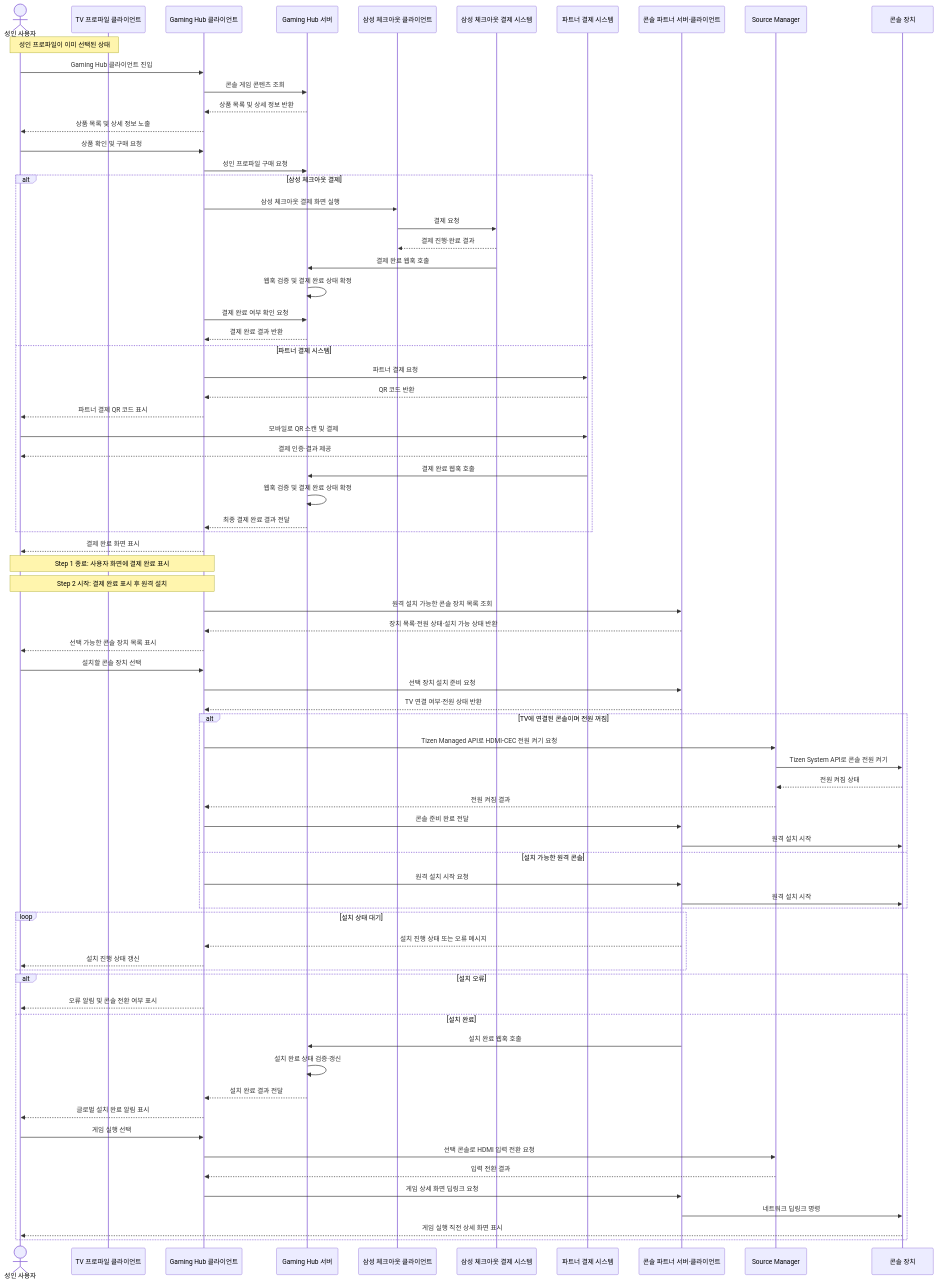
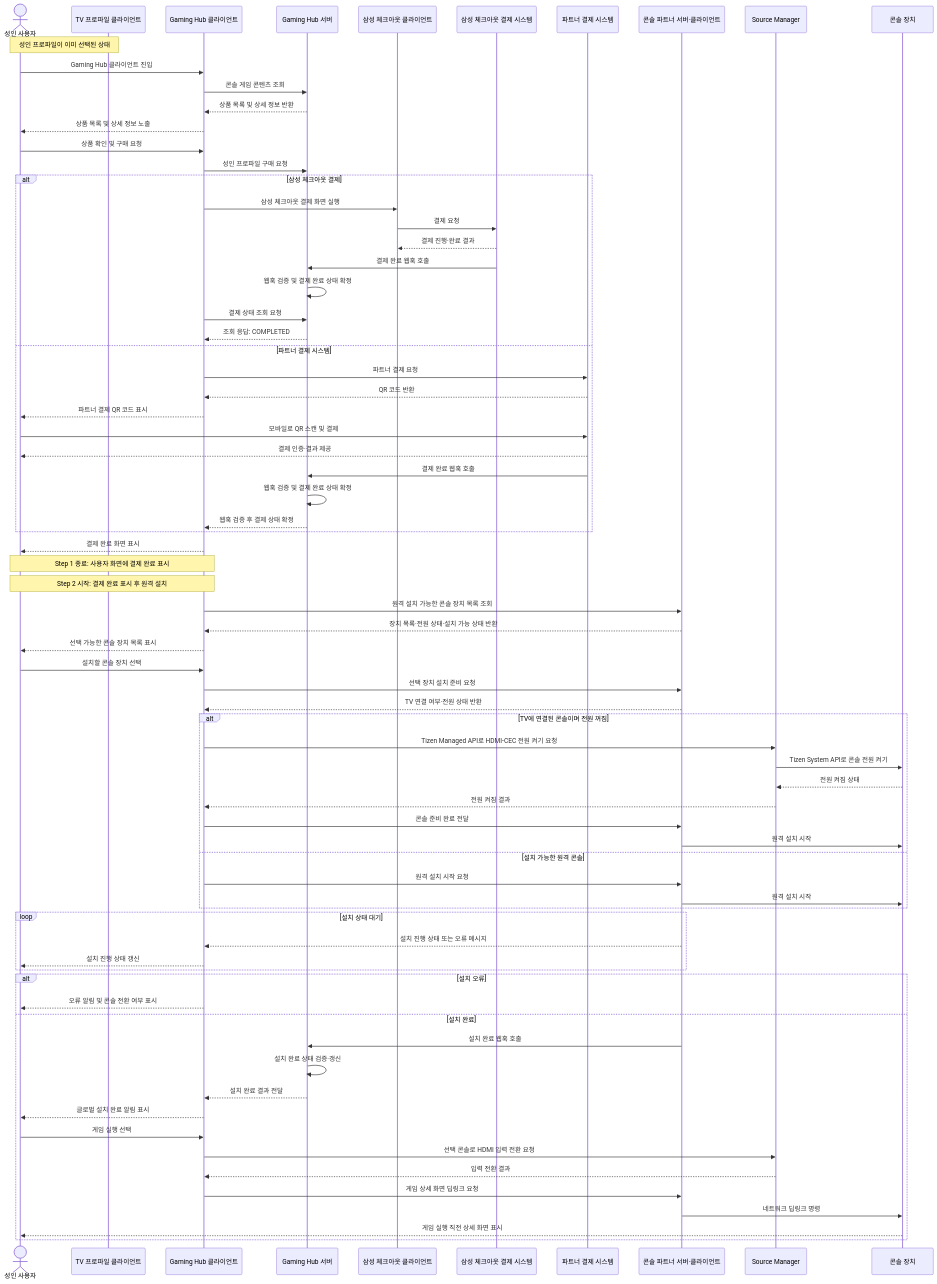
One commit to seock04/gaming-hub-console-content changed the second of 5 diagrams in docs/decision-point-2-architecture.md. Above: the diagram before and after it, drawn with Mermaid.

Commit message:
Clarify payment status request response

````diff
--- a/docs/decision-point-2-architecture.md
+++ b/docs/decision-point-2-architecture.md
@@ -105,77 +105,77 @@
 ```mermaid
 sequenceDiagram
     actor User as 성인 사용자
     participant Profile as TV 프로파일 클라이언트
     participant HubClient as Gaming Hub 클라이언트
     participant Hub as Gaming Hub 서버
     participant CheckoutClient as 삼성 체크아웃 클라이언트
     participant CheckoutServer as 삼성 체크아웃 결제 시스템
     participant PartnerPay as 파트너 결제 시스템
     participant Partner as 콘솔 파트너 서버·클라이언트
     participant SourceManager as Source Manager
     participant Console as 콘솔 장치
 
     Note over User,Profile: 성인 프로파일이 이미 선택된 상태
     User->>HubClient: Gaming Hub 클라이언트 진입
     HubClient->>Hub: 콘솔 게임 콘텐츠 조회
     Hub-->>HubClient: 상품 목록 및 상세 정보 반환
     HubClient-->>User: 상품 목록 및 상세 정보 노출
     User->>HubClient: 상품 확인 및 구매 요청
     HubClient->>Hub: 성인 프로파일 구매 요청
     alt 삼성 체크아웃 결제
         HubClient->>CheckoutClient: 삼성 체크아웃 결제 화면 실행
         CheckoutClient->>CheckoutServer: 결제 요청
         CheckoutServer-->>CheckoutClient: 결제 진행·완료 결과
         CheckoutServer->>Hub: 결제 완료 웹훅 호출
         Hub->>Hub: 웹훅 검증 및 결제 완료 상태 확정
-        HubClient->>Hub: 결제 완료 여부 확인 요청
-        Hub-->>HubClient: 결제 완료 결과 반환
+        HubClient->>Hub: 결제 상태 조회 요청
+        Hub-->>HubClient: 조회 응답: COMPLETED
     else 파트너 결제 시스템
         HubClient->>PartnerPay: 파트너 결제 요청
         PartnerPay-->>HubClient: QR 코드 반환
         HubClient-->>User: 파트너 결제 QR 코드 표시
         User->>PartnerPay: 모바일로 QR 스캔 및 결제
         PartnerPay-->>User: 결제 인증·결과 제공
         PartnerPay->>Hub: 결제 완료 웹훅 호출
         Hub->>Hub: 웹훅 검증 및 결제 완료 상태 확정
-        Hub-->>HubClient: 최종 결제 완료 결과 전달
+        Hub-->>HubClient: 웹훅 검증 후 결제 상태 확정
     end
     HubClient-->>User: 결제 완료 화면 표시
     Note over HubClient,User: Step 1 종료: 사용자 화면에 결제 완료 표시
     Note over HubClient,User: Step 2 시작: 결제 완료 표시 후 원격 설치
     HubClient->>Partner: 원격 설치 가능한 콘솔 장치 목록 조회
     Partner-->>HubClient: 장치 목록·전원 상태·설치 가능 상태 반환
     HubClient-->>User: 선택 가능한 콘솔 장치 목록 표시
     User->>HubClient: 설치할 콘솔 장치 선택
     HubClient->>Partner: 선택 장치 설치 준비 요청
     Partner-->>HubClient: TV 연결 여부·전원 상태 반환
     alt TV에 연결된 콘솔이며 전원 꺼짐
         HubClient->>SourceManager: Tizen Managed API로 HDMI-CEC 전원 켜기 요청
         SourceManager->>Console: Tizen System API로 콘솔 전원 켜기
         Console-->>SourceManager: 전원 켜짐 상태
         SourceManager-->>HubClient: 전원 켜짐 결과
         HubClient->>Partner: 콘솔 준비 완료 전달
         Partner->>Console: 원격 설치 시작
     else 설치 가능한 원격 콘솔
         HubClient->>Partner: 원격 설치 시작 요청
         Partner->>Console: 원격 설치 시작
     end
     loop 설치 상태 대기
         Partner-->>HubClient: 설치 진행 상태 또는 오류 메시지
         HubClient-->>User: 설치 진행 상태 갱신
     end
     alt 설치 오류
         HubClient-->>User: 오류 알림 및 콘솔 전환 여부 표시
     else 설치 완료
         Partner->>Hub: 설치 완료 웹훅 호출
         Hub->>Hub: 설치 완료 상태 검증·갱신
         Hub-->>HubClient: 설치 완료 결과 전달
         HubClient-->>User: 글로벌 설치 완료 알림 표시
         User->>HubClient: 게임 실행 선택
         HubClient->>SourceManager: 선택 콘솔로 HDMI 입력 전환 요청
         SourceManager-->>HubClient: 입력 전환 결과
         HubClient->>Partner: 게임 상세 화면 딥링크 요청
         Partner->>Console: 네트워크 딥링크 명령
         Console-->>User: 게임 실행 직전 상세 화면 표시
     end
 ```
````
